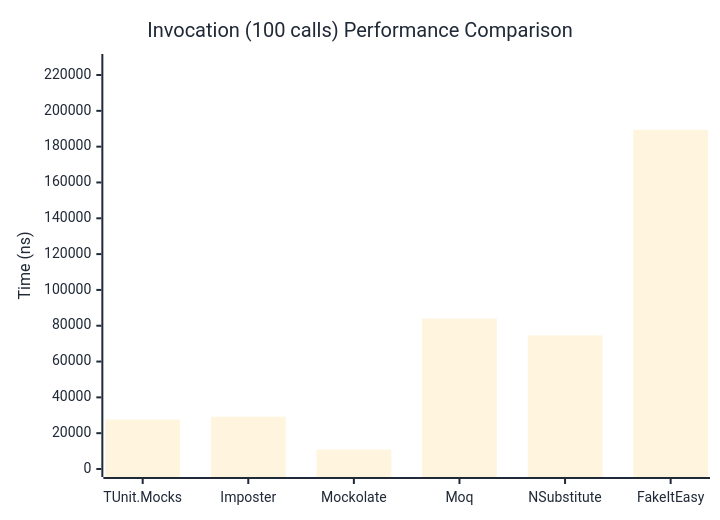
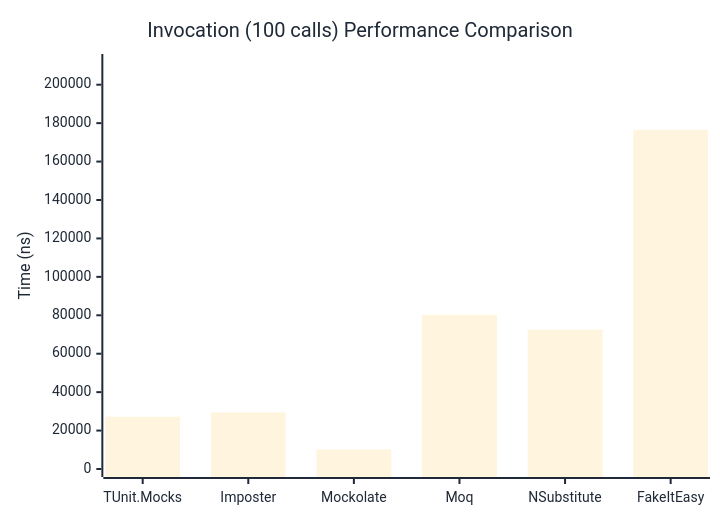
Before and after one commit to thomhurst/TUnit: the third of 3 diagrams in docs/docs/benchmarks/mocks/Invocation.md, drawn with Mermaid. The commit also changed other lines of this file and 14 other files, not shown here.

````diff
--- a/docs/docs/benchmarks/mocks/Invocation.md
+++ b/docs/docs/benchmarks/mocks/Invocation.md
@@ -112,27 +112,27 @@
 ```mermaid
 %%{init: {
   'theme':'base',
   'themeVariables': {
     'primaryColor': '#2563eb',
     'primaryTextColor': '#1f2937',
     'primaryBorderColor': '#1e40af',
     'lineColor': '#6b7280',
     'secondaryColor': '#7c3aed',
     'tertiaryColor': '#dc2626',
     'background': '#ffffff',
     'pie1': '#2563eb',
     'pie2': '#7c3aed',
     'pie3': '#dc2626',
     'pie4': '#f59e0b',
     'pie5': '#10b981',
     'pie6': '#06b6d4',
     'pie7': '#ec4899',
     'pie8': '#6366f1'
   }
 }}%%
 xychart-beta
   title "Invocation (100 calls) Performance Comparison"
   x-axis ["TUnit.Mocks", "Imposter", "Mockolate", "Moq", "NSubstitute", "FakeItEasy"]
-  y-axis "Time (ns)" 0 --> 227274
-  bar [27609.6, 29217.7, 10839.9, 84030.1, 74589, 189394.3]
+  y-axis "Time (ns)" 0 --> 211822
+  bar [27216.4, 29442.91, 10167.98, 80217.12, 72503.62, 176517.53]
 ```
````
